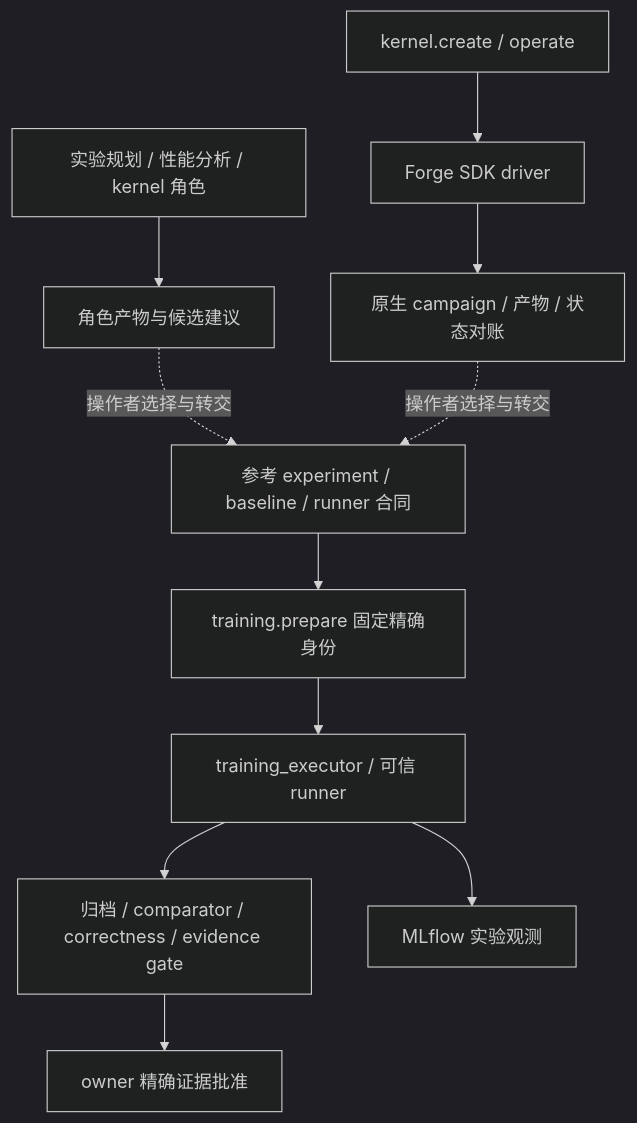
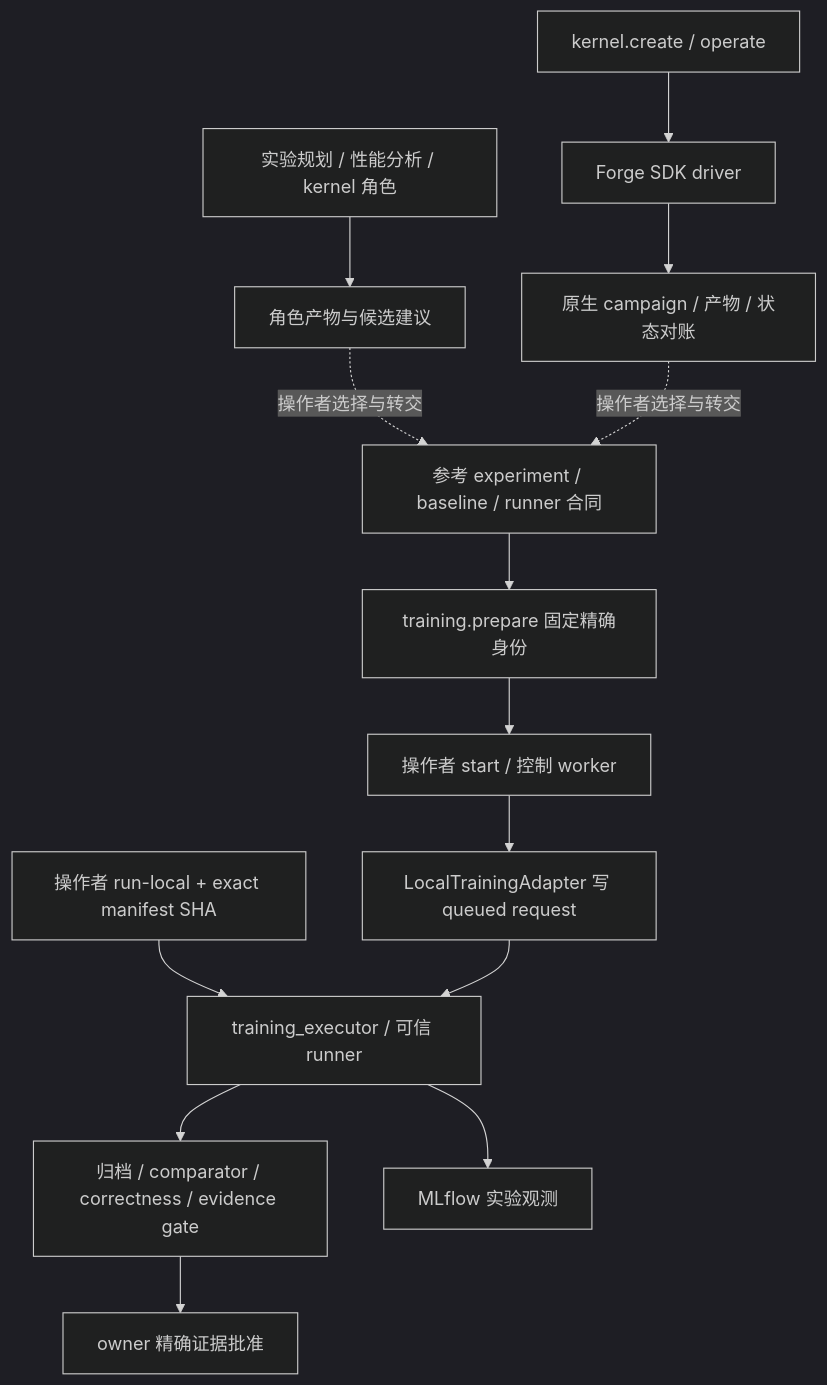
One commit to 626619403/Ergora changed the sixth of 6 diagrams in docs/architecture/2026-11-01-baseline.md. Above: the diagram before and after it, drawn with Mermaid (dark theme). The commit also changed other lines of this file and 6 other files, not shown here.

````diff
--- a/docs/architecture/2026-11-01-baseline.md
+++ b/docs/architecture/2026-11-01-baseline.md
@@ -155,13 +157,16 @@
 ```mermaid
 flowchart TD
   Agent[实验规划 / 性能分析 / kernel 角色] --> Candidate[角色产物与候选建议]
   Forge[kernel.create / operate] --> Driver[Forge SDK driver]
   Driver --> Campaign[原生 campaign / 产物 / 状态对账]
   Candidate -. 操作者选择与转交 .-> Experiment[参考 experiment / baseline / runner 合同]
   Campaign -. 操作者选择与转交 .-> Experiment
   Experiment --> Prepare[training.prepare 固定精确身份]
-  Prepare --> Runner[training_executor / 可信 runner]
+  Prepare --> Start[操作者 start / 控制 worker]
+  Start --> Request[LocalTrainingAdapter 写 queued request]
+  Manual[操作者 run-local + exact manifest SHA] --> Runner[training_executor / 可信 runner]
+  Request --> Runner
   Runner --> Gate[归档 / comparator / correctness / evidence gate]
   Gate --> Approve[owner 精确证据批准]
   Runner --> MLflow[MLflow 实验观测]
 ```
````
